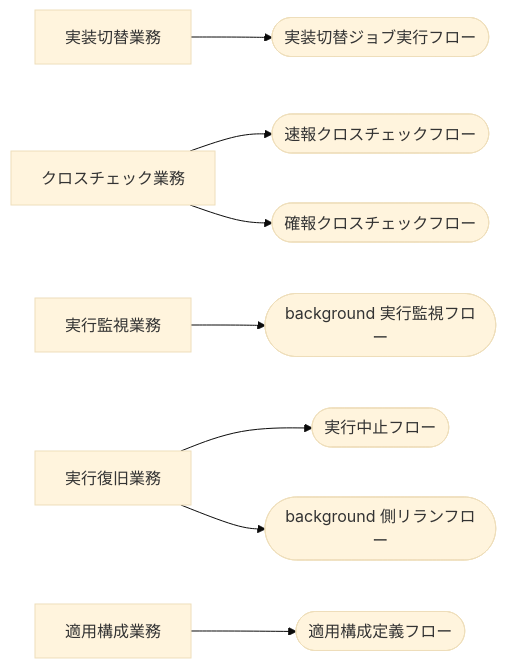
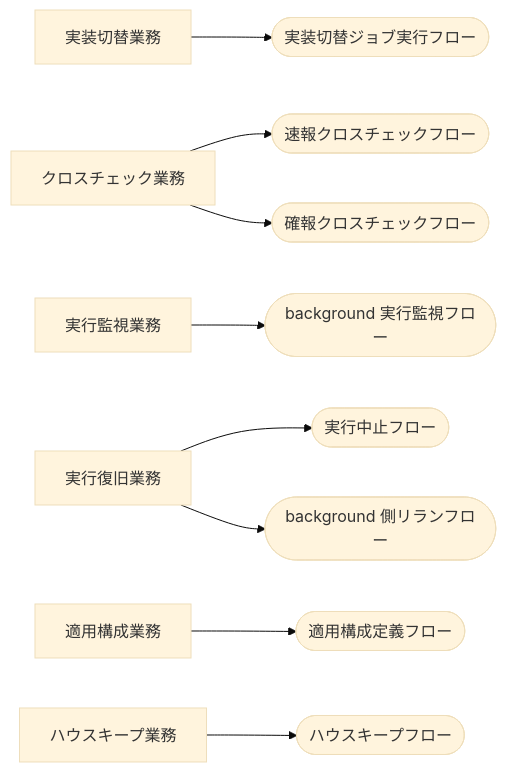
The diagram in docs/rdra/latest/views/02_業務構成.md (suwa-sh/relay-gate), drawn with Mermaid (base theme) before and after one commit. The commit also changed other lines of this file and 3014 other files, not shown here.

````diff
--- a/docs/rdra/latest/views/02_業務構成.md
+++ b/docs/rdra/latest/views/02_業務構成.md
@@ -7,22 +7,25 @@
 ```mermaid
 graph LR
   GY1["実装切替業務"]
   BC1(["実装切替ジョブ実行フロー"])
   GY2["クロスチェック業務"]
   BC2(["速報クロスチェックフロー"])
   BC3(["確報クロスチェックフロー"])
   GY3["実行監視業務"]
   BC4(["background 実行監視フロー"])
   GY4["実行復旧業務"]
   BC5(["実行中止フロー"])
   BC6(["background 側リランフロー"])
   GY5["適用構成業務"]
   BC7(["適用構成定義フロー"])
+  GY6["ハウスキープ業務"]
+  BC8(["ハウスキープフロー"])
   GY1 --> BC1
   GY2 --> BC2
   GY2 --> BC3
   GY3 --> BC4
   GY4 --> BC5
   GY4 --> BC6
   GY5 --> BC7
+  GY6 --> BC8
 ```
````
